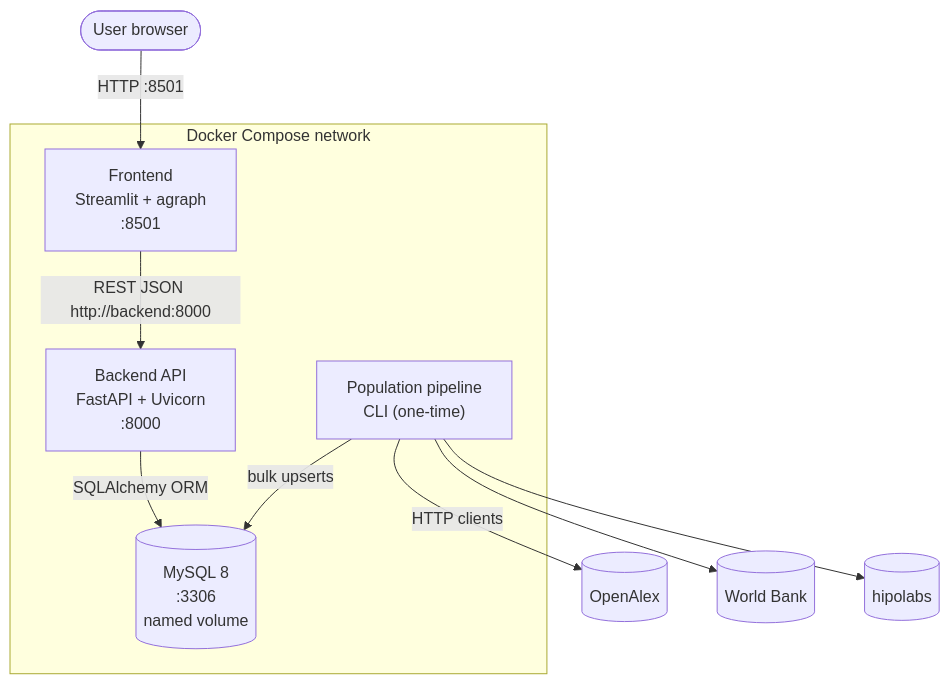
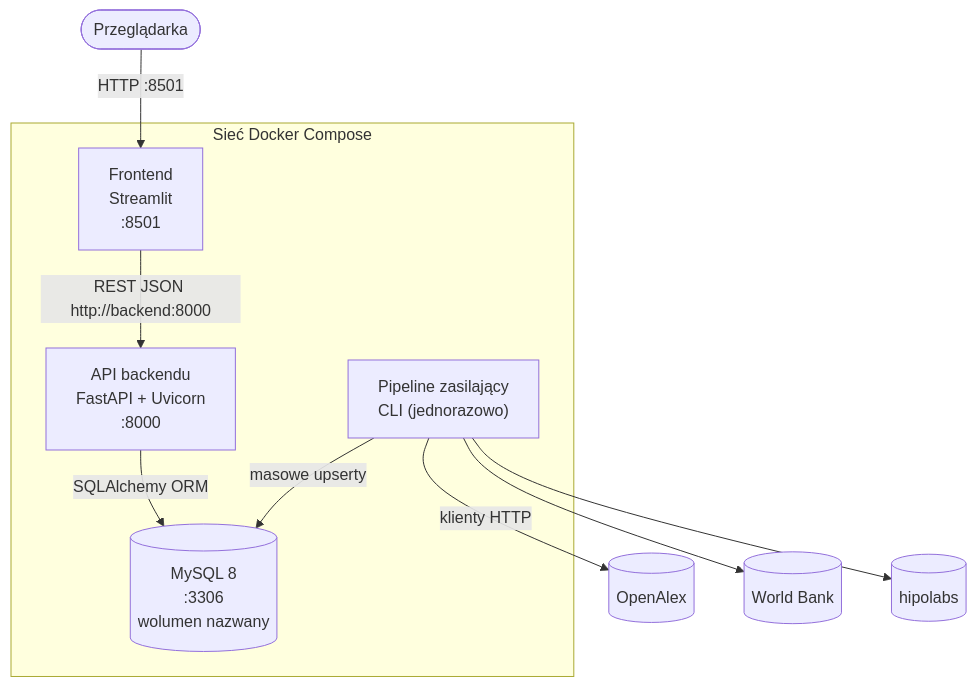
The second of 4 diagrams in docs/ARCHITECTURE.md (wojciech-baraniak05/Scientific-Papers-Graphed), drawn with Mermaid before and after one commit. The commit also changed other lines of this file and 10 other files, not shown here.

````diff
--- a/docs/ARCHITECTURE.md
+++ b/docs/ARCHITECTURE.md
@@ -55,23 +46,23 @@
 ```mermaid
 flowchart TB
-    user([User browser])
+    user([Przeglądarka])
 
-    subgraph compose[Docker Compose network]
-        frontend["Frontend\nStreamlit + agraph\n:8501"]
-        backend["Backend API\nFastAPI + Uvicorn\n:8000"]
-        mysql[("MySQL 8\n:3306\nnamed volume")]
-        pipeline["Population pipeline\nCLI (one-time)"]
+    subgraph compose[Sieć Docker Compose]
+        frontend["Frontend\nStreamlit\n:8501"]
+        backend["API backendu\nFastAPI + Uvicorn\n:8000"]
+        mysql[("MySQL 8\n:3306\nwolumen nazwany")]
+        pipeline["Pipeline zasilający\nCLI (jednorazowo)"]
     end
 
     openalex[(OpenAlex)]
     worldbank[(World Bank)]
     hipolabs[(hipolabs)]
 
     user -->|HTTP :8501| frontend
     frontend -->|REST JSON http://backend:8000| backend
     backend -->|SQLAlchemy ORM| mysql
-    pipeline -->|HTTP clients| openalex
+    pipeline -->|klienty HTTP| openalex
     pipeline --> worldbank
     pipeline --> hipolabs
-    pipeline -->|bulk upserts| mysql
+    pipeline -->|masowe upserty| mysql
 ```
````
